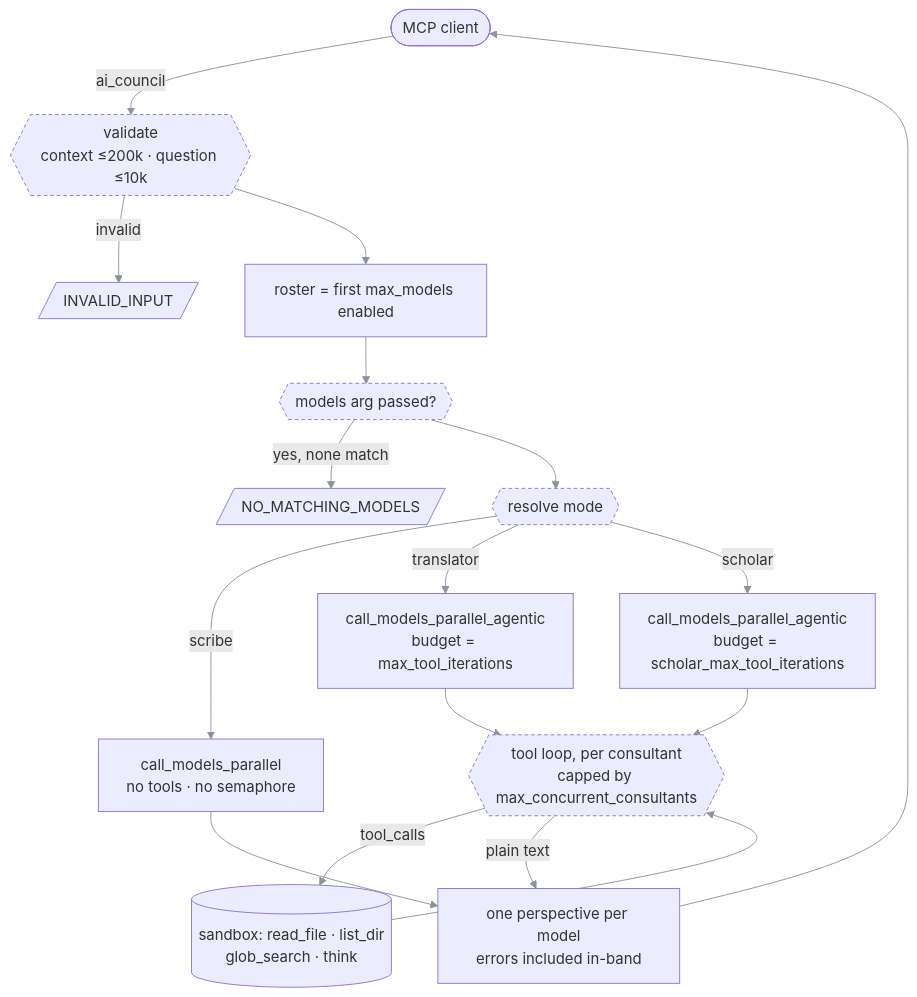
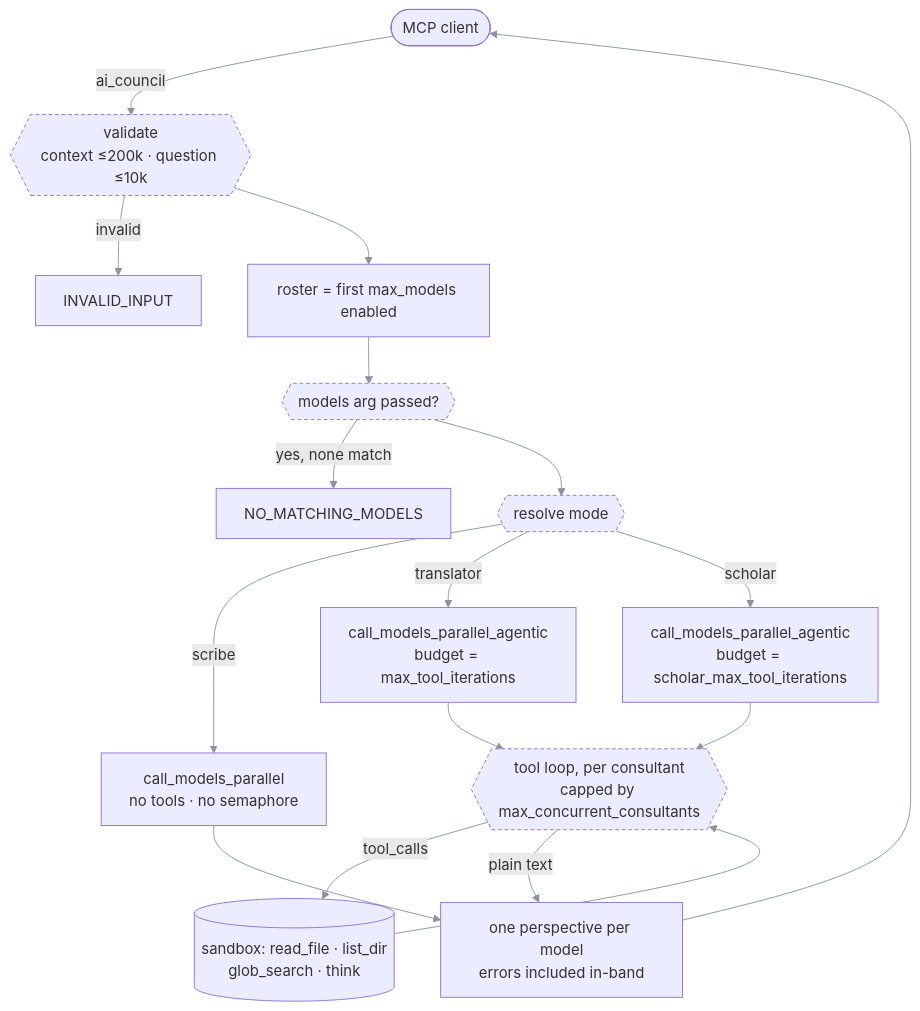
The diagram in README.md (EzzoHamdan/house-of-wisdom-mcp), drawn with Mermaid before and after one commit.

Commit message:
docs: fix clipped node labels in the call-flow diagram
The Mermaid init directive overrode fontFamily to a monospace stack the
renderer cannot always load, so node widths were measured with the wrong
metrics and long single-token labels were cut off (INVALID_INPU,
NO_MATCHING_MODE). Dropped the fontFamily override and switched the two
error nodes from parallelograms to plain rectangles.

Verified by rendering the block with mermaid-cli.

````diff
--- a/README.md
+++ b/README.md
@@ -216,24 +216,24 @@
 ```mermaid
-%%{init: {'themeVariables': {'fontFamily': 'ui-monospace, SFMono-Regular, Menlo, monospace', 'lineColor': '#8b949e'}}}%%
+%%{init: {'themeVariables': {'lineColor': '#8b949e'}}}%%
 flowchart TD
     C([MCP client]) -->|ai_council| V{{"validate<br/>context ≤200k · question ≤10k"}}
-    V -->|invalid| E1[/INVALID_INPUT/]
+    V -->|invalid| E1["INVALID_INPUT"]
     V --> R["roster = first max_models enabled"]
     R --> S{{"models arg passed?"}}
-    S -->|yes, none match| E2[/NO_MATCHING_MODELS/]
+    S -->|yes, none match| E2["NO_MATCHING_MODELS"]
     S --> M{{"resolve mode"}}
     M -->|scribe| P["call_models_parallel<br/>no tools · no semaphore"]
     M -->|translator| A["call_models_parallel_agentic<br/>budget = max_tool_iterations"]
     M -->|scholar| A2["call_models_parallel_agentic<br/>budget = scholar_max_tool_iterations"]
     A --> L
     A2 --> L
     L{{"tool loop, per consultant<br/>capped by max_concurrent_consultants"}}
     L -->|tool_calls| T[("sandbox: read_file · list_dir<br/>glob_search · think")]
     T --> L
     L -->|plain text| O["one perspective per model<br/>errors included in-band"]
     P --> O
     O --> C
 
     classDef gate stroke-dasharray:4 3;
     class V,S,M,L gate;
 ```
````
